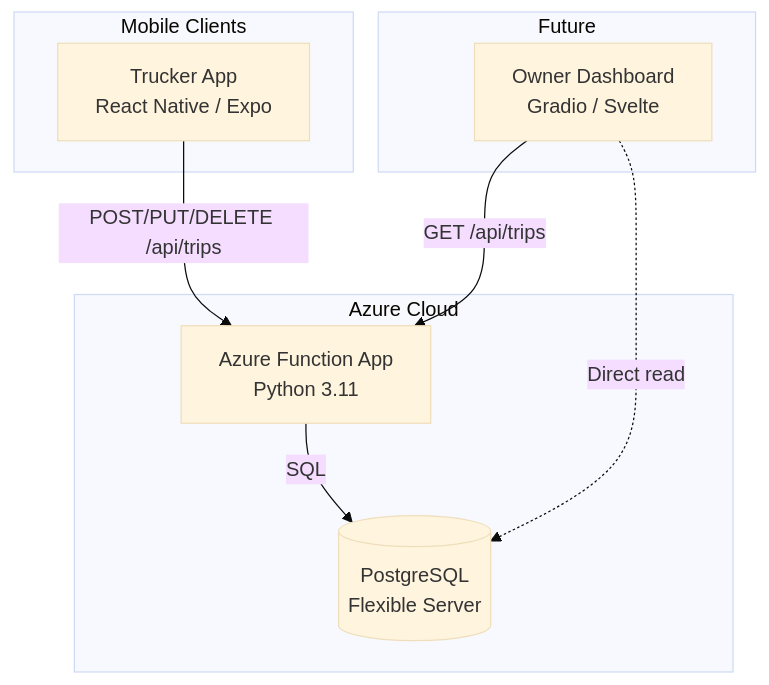
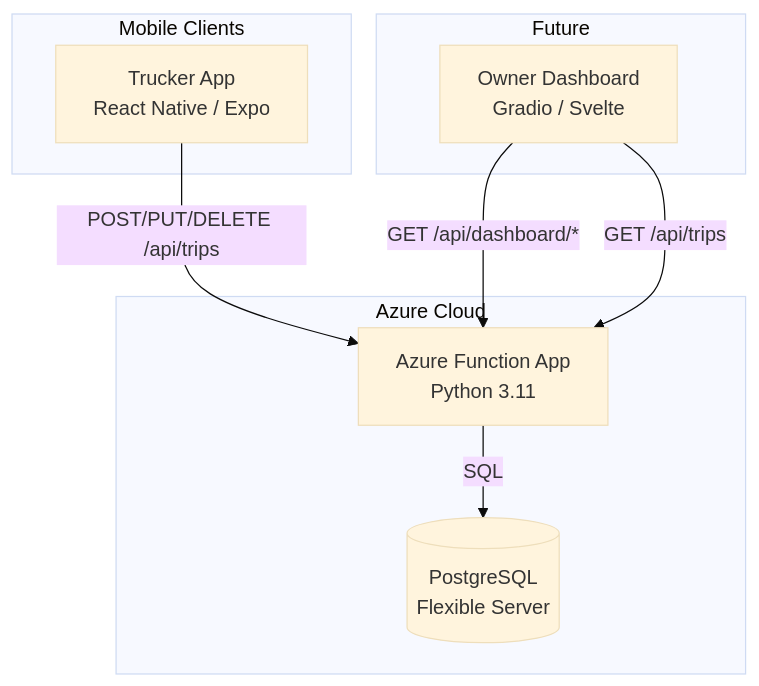
The first of 4 diagrams in README.md (maiduydung/TruckerMobileBackend), drawn with Mermaid (base theme) before and after one commit. The commit also changed other lines of this file and 13 other files, not shown here.

````diff
--- a/README.md
+++ b/README.md
@@ -7,20 +7,20 @@
 ```mermaid
 graph TB
     subgraph "Mobile Clients"
         A[Trucker App<br/>React Native / Expo]
     end
 
     subgraph "Azure Cloud"
         B[Azure Function App<br/>Python 3.11]
         C[(PostgreSQL<br/>Flexible Server)]
     end
 
     subgraph "Future"
         D[Owner Dashboard<br/>Gradio / Svelte]
     end
 
     A -- "POST/PUT/DELETE /api/trips" --> B
     B -- "SQL" --> C
+    D -- "GET /api/dashboard/*" --> B
     D -- "GET /api/trips" --> B
-    D -. "Direct read" .-> C
 ```
````
